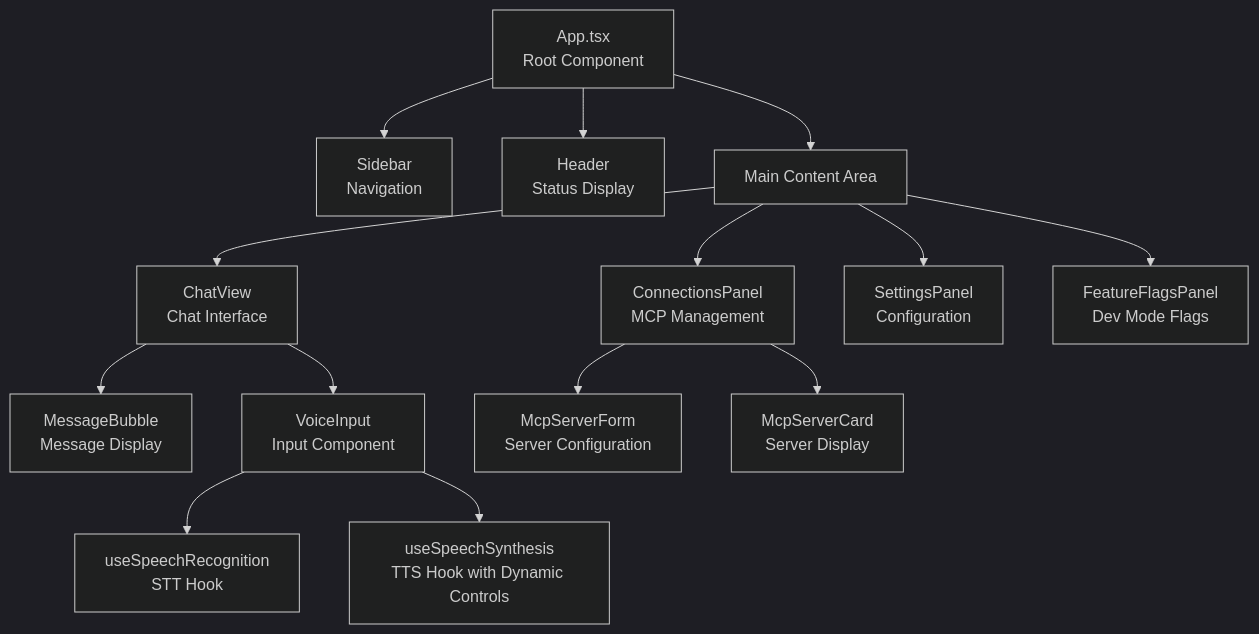
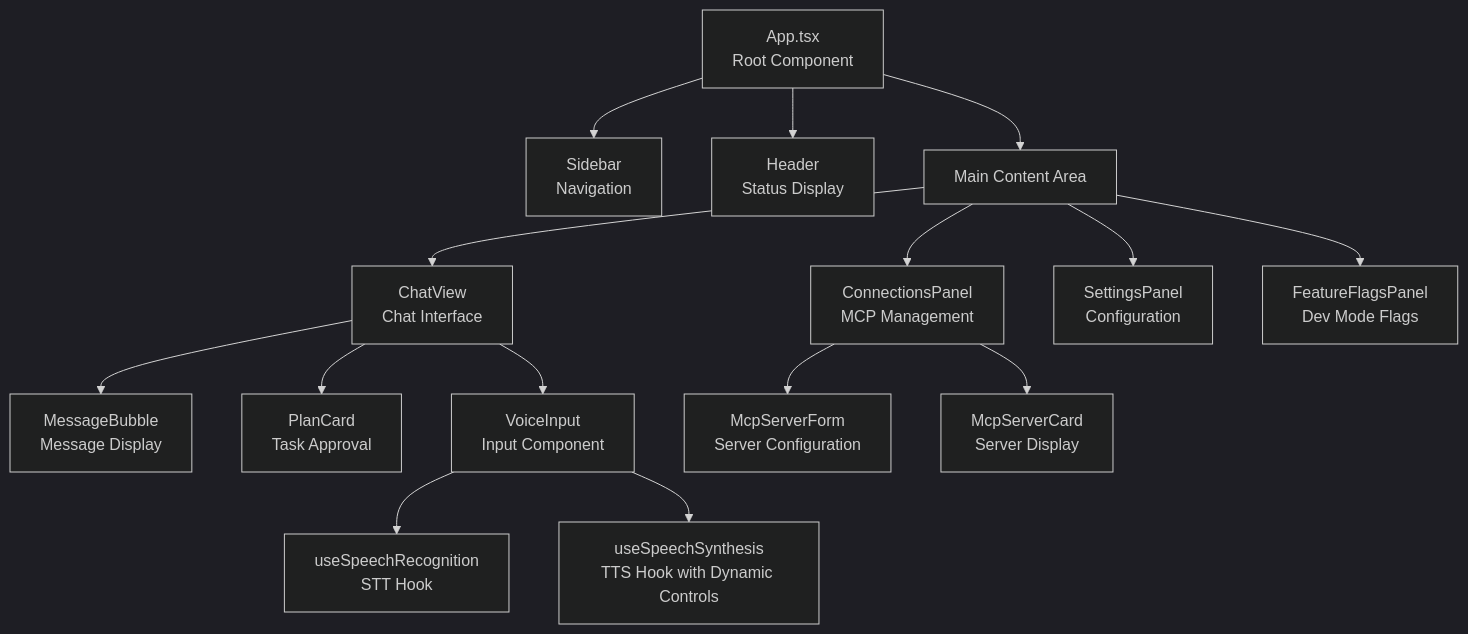
One commit to meharajM/ai-worker.app changed the fifth of 23 diagrams in architecture.md. Above: the diagram before and after it, drawn with Mermaid (dark theme). The commit also changed other lines of this file and 20 other files, not shown here.

````diff
--- a/architecture.md
+++ b/architecture.md
@@ -191,22 +197,23 @@
 ```mermaid
 graph TD
     App[App.tsx<br/>Root Component]
 
     App --> Sidebar[Sidebar<br/>Navigation]
     App --> Header[Header<br/>Status Display]
     App --> Main[Main Content Area]
 
     Main --> ChatView[ChatView<br/>Chat Interface]
     Main --> ConnectionsPanel[ConnectionsPanel<br/>MCP Management]
     Main --> SettingsPanel[SettingsPanel<br/>Configuration]
     Main --> FeatureFlagsPanel[FeatureFlagsPanel<br/>Dev Mode Flags]
     
     ChatView --> MessageBubble[MessageBubble<br/>Message Display]
+    ChatView --> PlanCard[PlanCard<br/>Task Approval]
     ChatView --> VoiceInput[VoiceInput<br/>Input Component]
 
     ConnectionsPanel --> McpServerForm[McpServerForm<br/>Server Configuration]
     ConnectionsPanel --> McpServerCard[McpServerCard<br/>Server Display]
 
     VoiceInput --> SpeechRecognition[useSpeechRecognition<br/>STT Hook]
     VoiceInput --> SpeechSynthesis[useSpeechSynthesis<br/>TTS Hook with Dynamic Controls]
 ```
````
